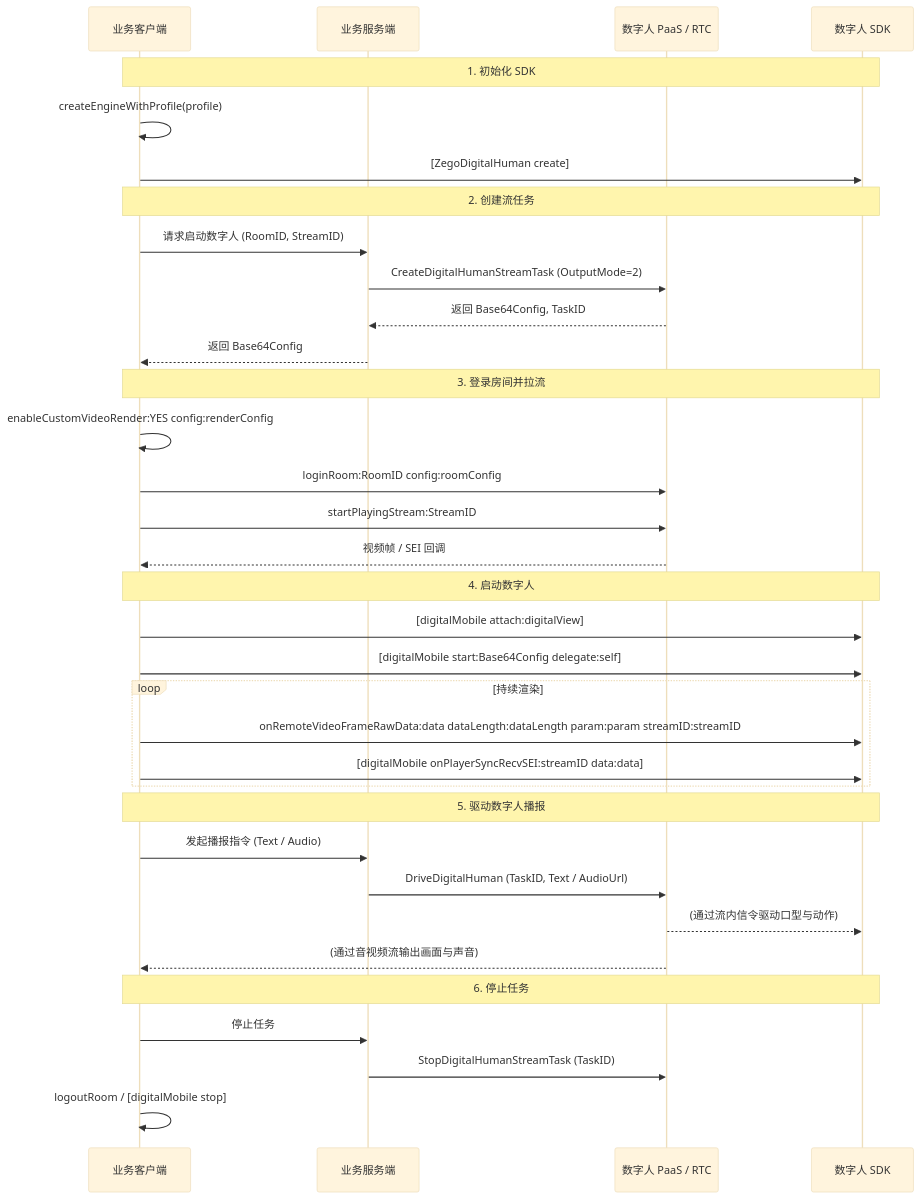
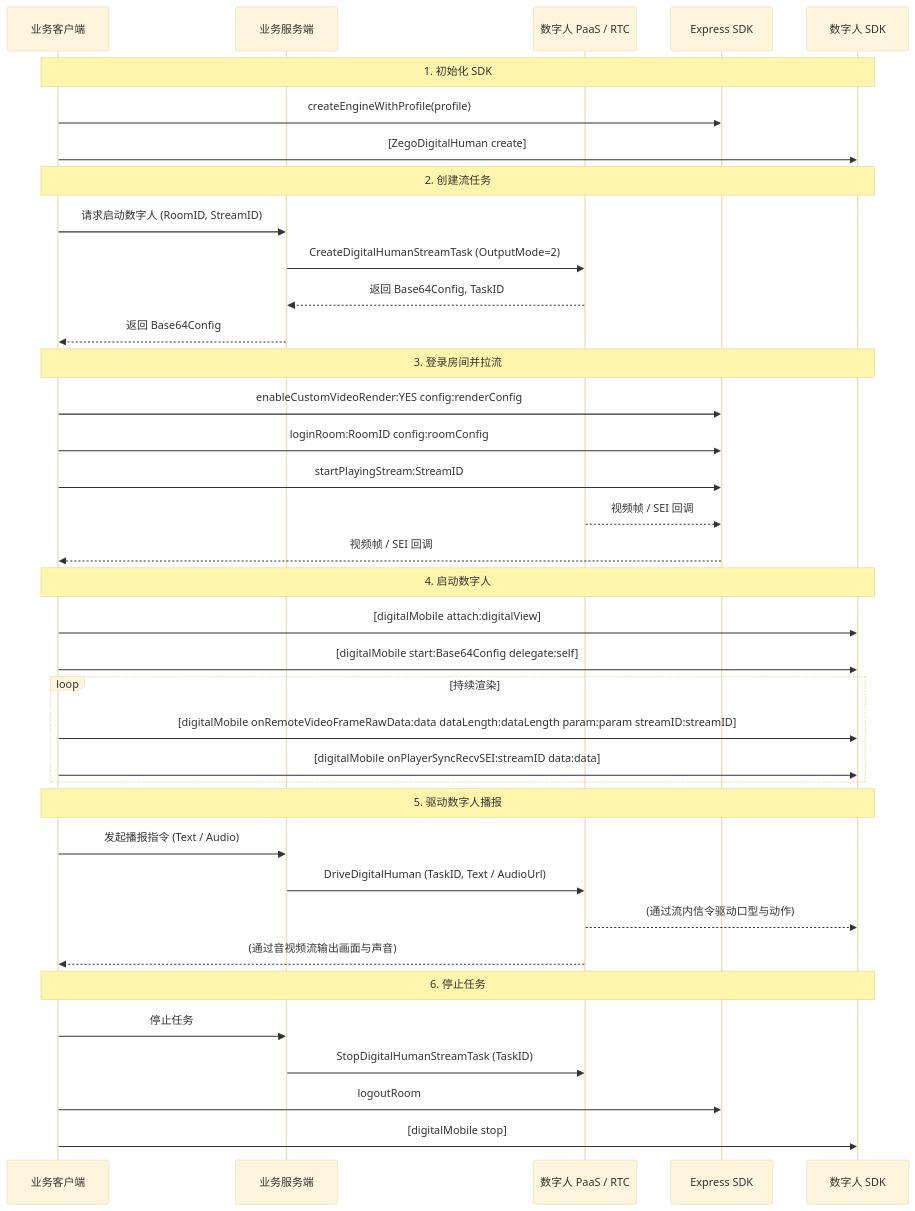
Before and after one commit to ZEGOCLOUD/docs_all: the second of 3 diagrams in core_products/digital-human/zh/android/quick-start.mdx, drawn with Mermaid (base theme). The commit also changed other lines of this file, not shown here.

Commit message:
Refactor digital human SDK quick start documentation for Android to utilize Express SDK methods for engine creation, room login, and stream management, enhancing clarity and consistency in the integration process.

````diff
--- a/core_products/digital-human/zh/android/quick-start.mdx
+++ b/core_products/digital-human/zh/android/quick-start.mdx
@@ -121,42 +124,45 @@
 ```mermaid
 sequenceDiagram
     participant Client as 业务客户端
     participant Server as 业务服务端
     participant PaaS as 数字人 PaaS / RTC
+    participant Express as Express SDK
     participant DH_SDK as 数字人 SDK
 
     Note over Client, DH_SDK: 1. 初始化 SDK
-    Client->>Client: createEngineWithProfile(profile)
+    Client->>Express: createEngineWithProfile(profile)
     Client->>DH_SDK: [ZegoDigitalHuman create]
 
     Note over Client, DH_SDK: 2. 创建流任务
     Client->>Server: 请求启动数字人 (RoomID, StreamID)
     Server->>PaaS: CreateDigitalHumanStreamTask (OutputMode=2)
     PaaS-->>Server: 返回 Base64Config, TaskID
     Server-->>Client: 返回 Base64Config
 
     Note over Client, DH_SDK: 3. 登录房间并拉流
-    Client->>Client: enableCustomVideoRender:YES config:renderConfig
-    Client->>PaaS: loginRoom:RoomID config:roomConfig
-    Client->>PaaS: startPlayingStream:StreamID
-    PaaS-->>Client: 视频帧 / SEI 回调
+    Client->>Express: enableCustomVideoRender:YES config:renderConfig
+    Client->>Express: loginRoom:RoomID config:roomConfig
+    Client->>Express: startPlayingStream:StreamID
+    PaaS-->>Express: 视频帧 / SEI 回调
+    Express-->>Client: 视频帧 / SEI 回调
 
     Note over Client, DH_SDK: 4. 启动数字人
     Client->>DH_SDK: [digitalMobile attach:digitalView]
     Client->>DH_SDK: [digitalMobile start:Base64Config delegate:self]
     loop 持续渲染
-        Client->>DH_SDK: onRemoteVideoFrameRawData:data dataLength:dataLength param:param streamID:streamID
+        Client->>DH_SDK: [digitalMobile onRemoteVideoFrameRawData:data dataLength:dataLength param:param streamID:streamID]
         Client->>DH_SDK: [digitalMobile onPlayerSyncRecvSEI:streamID data:data]
     end
 
     Note over Client, DH_SDK: 5. 驱动数字人播报
     Client->>Server: 发起播报指令 (Text / Audio)
     Server->>PaaS: DriveDigitalHuman (TaskID, Text / AudioUrl)
     PaaS-->>DH_SDK: (通过流内信令驱动口型与动作)
     PaaS-->>Client: (通过音视频流输出画面与声音)
 
     Note over Client, DH_SDK: 6. 停止任务
     Client->>Server: 停止任务
     Server->>PaaS: StopDigitalHumanStreamTask (TaskID)
-    Client->>Client: logoutRoom / [digitalMobile stop]
+    Client->>Express: logoutRoom
+    Client->>DH_SDK: [digitalMobile stop]
 ```
````
